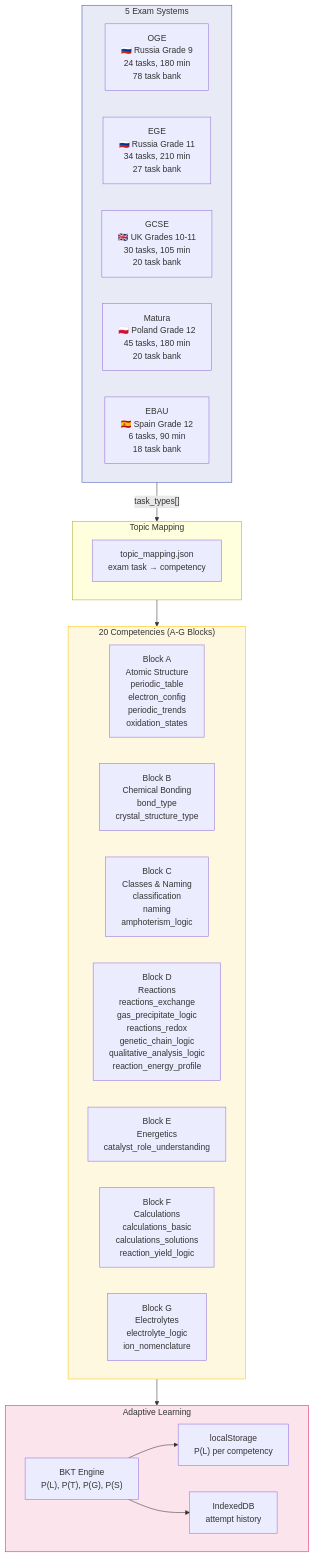
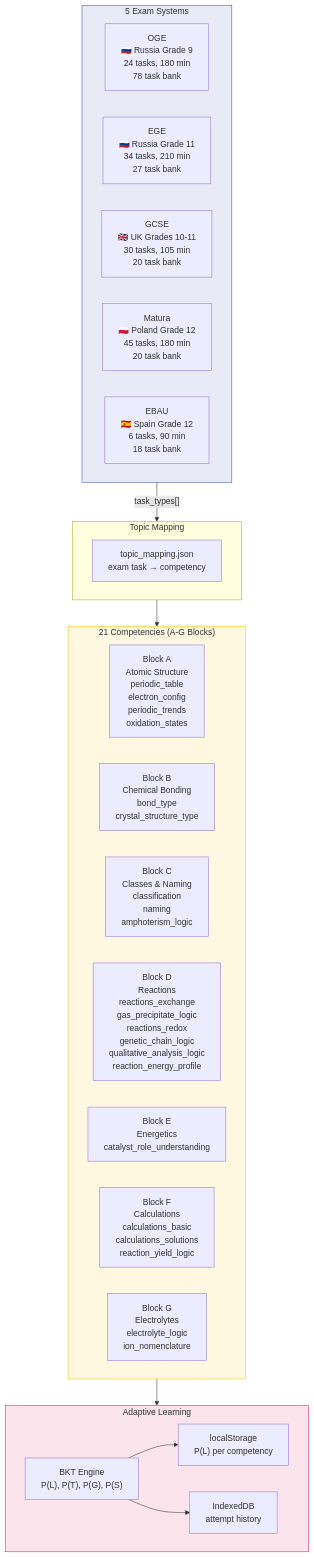
One commit to dronsv/chemistry-no-magic changed the seventh of 10 diagrams in docs/ontology-map.md. Above: the diagram before and after it, drawn with Mermaid. The commit also changed other lines of this file, not shown here.

````diff
--- a/docs/ontology-map.md
+++ b/docs/ontology-map.md
@@ -606,41 +630,41 @@
 ```mermaid
 graph TB
     subgraph Systems["5 Exam Systems"]
         OGE["OGE<br/>🇷🇺 Russia Grade 9<br/>24 tasks, 180 min<br/>78 task bank"]
         EGE["EGE<br/>🇷🇺 Russia Grade 11<br/>34 tasks, 210 min<br/>27 task bank"]
         GCSE["GCSE<br/>🇬🇧 UK Grades 10-11<br/>30 tasks, 105 min<br/>20 task bank"]
         MATURA["Matura<br/>🇵🇱 Poland Grade 12<br/>45 tasks, 180 min<br/>20 task bank"]
         EBAU["EBAU<br/>🇪🇸 Spain Grade 12<br/>6 tasks, 90 min<br/>18 task bank"]
     end
 
-    subgraph Competencies["20 Competencies (A-G Blocks)"]
+    subgraph Competencies["21 Competencies (A-G Blocks)"]
         direction LR
         A["Block A<br/>Atomic Structure<br/>periodic_table<br/>electron_config<br/>periodic_trends<br/>oxidation_states"]
         B["Block B<br/>Chemical Bonding<br/>bond_type<br/>crystal_structure_type"]
         C["Block C<br/>Classes & Naming<br/>classification<br/>naming<br/>amphoterism_logic"]
         D["Block D<br/>Reactions<br/>reactions_exchange<br/>gas_precipitate_logic<br/>reactions_redox<br/>genetic_chain_logic<br/>qualitative_analysis_logic<br/>reaction_energy_profile"]
         E["Block E<br/>Energetics<br/>catalyst_role_understanding"]
         F["Block F<br/>Calculations<br/>calculations_basic<br/>calculations_solutions<br/>reaction_yield_logic"]
         G["Block G<br/>Electrolytes<br/>electrolyte_logic<br/>ion_nomenclature"]
     end
 
     subgraph Mapping["Topic Mapping"]
         TM["topic_mapping.json<br/>exam task → competency"]
     end
 
     subgraph BKT["Adaptive Learning"]
         BKTE["BKT Engine<br/>P(L), P(T), P(G), P(S)"]
         STOR["localStorage<br/>P(L) per competency"]
         IDB["IndexedDB<br/>attempt history"]
     end
 
     Systems -->|"task_types[]"| Mapping
     Mapping --> Competencies
     Competencies --> BKT
     BKTE --> STOR
     BKTE --> IDB
 
     style Systems fill:#e8eaf6,stroke:#3f51b5
     style Competencies fill:#fff8e1,stroke:#ffc107
     style BKT fill:#fce4ec,stroke:#e91e63
 ```
````
